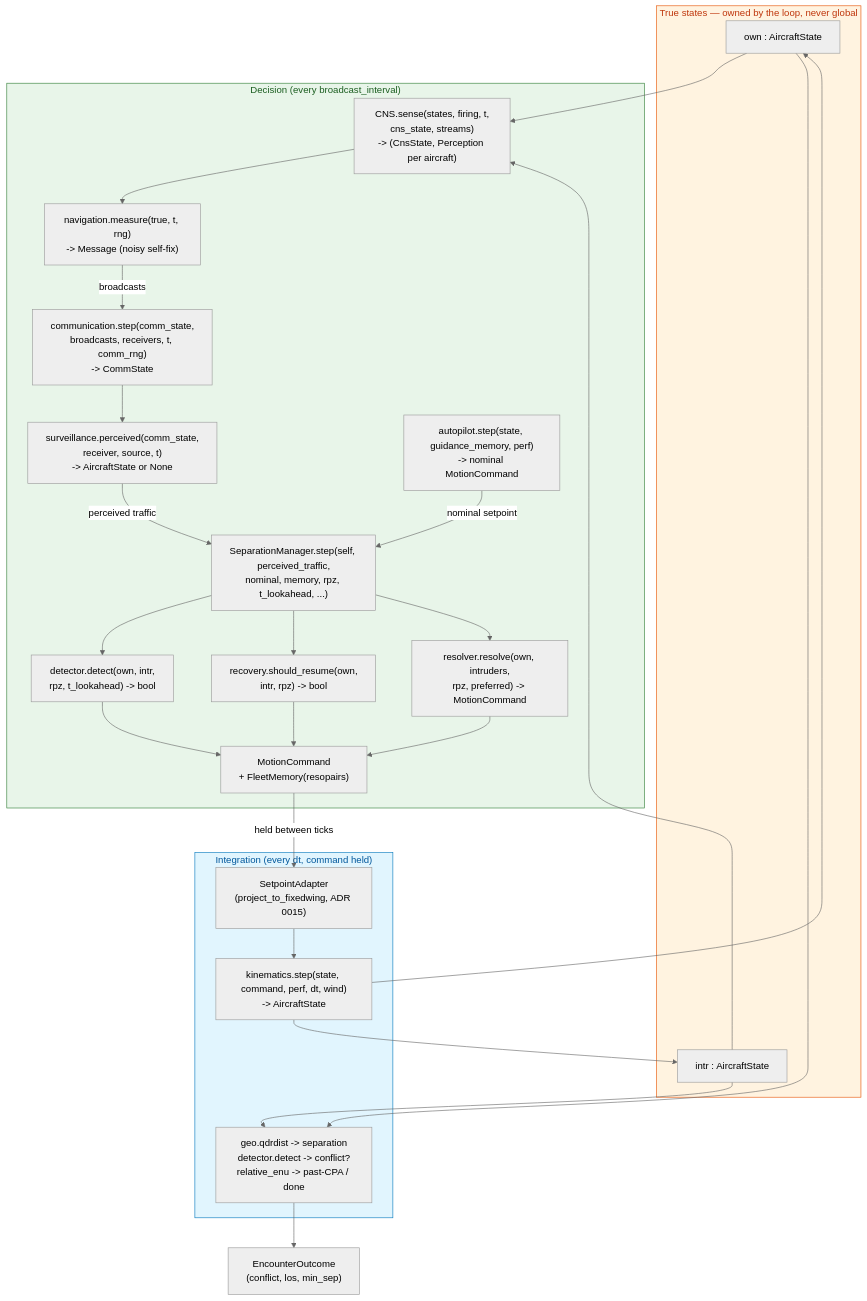
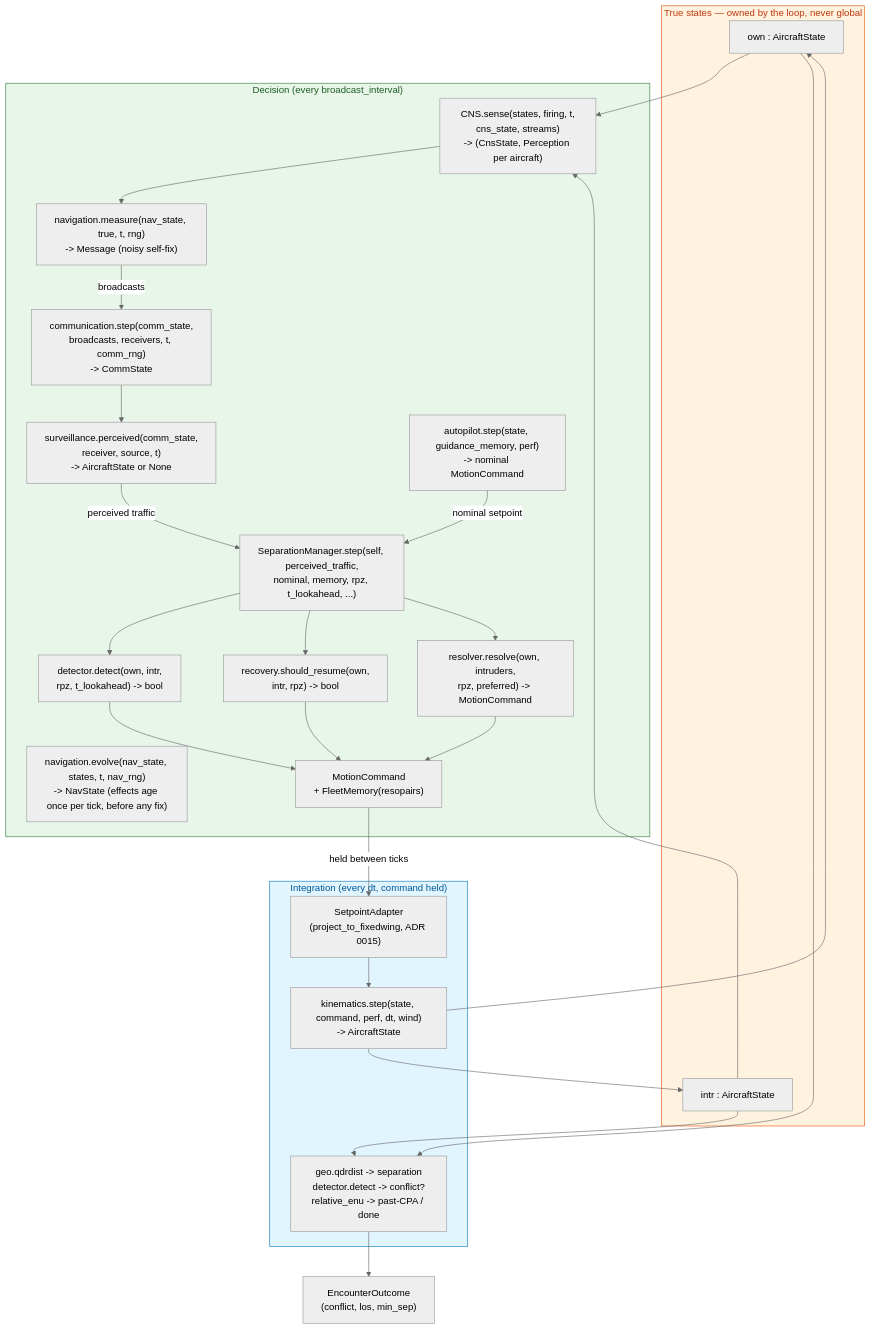
The third of 5 diagrams in vault/architecture-dataflow.md (fazlurnu/OpenCDaRR), drawn with Mermaid (neutral theme) before and after one commit. The commit also changed other lines of this file and 39 other files, not shown here.

````diff
--- a/vault/architecture-dataflow.md
+++ b/vault/architecture-dataflow.md
@@ -159,50 +159,51 @@
 ```mermaid
 flowchart TB
     subgraph truth["True states — owned by the loop, never global"]
         OWN["own : AircraftState"]
         INTR["intr : AircraftState"]
     end
 
     subgraph bcast["Decision (every broadcast_interval)"]
         SENSE["CNS.sense(states, firing, t,<br/>cns_state, streams)<br/>-> (CnsState, Perception per aircraft)"]
-        MEAS["navigation.measure(true, t, rng)<br/>-> Message (noisy self-fix)"]
+        NEVOLVE["navigation.evolve(nav_state, states, t, nav_rng)<br/>-> NavState (effects age once per tick, before any fix)"]
+        MEAS["navigation.measure(nav_state, true, t, rng)<br/>-> Message (noisy self-fix)"]
         COMM["communication.step(comm_state,<br/>broadcasts, receivers, t, comm_rng)<br/>-> CommState"]
         SURV["surveillance.perceived(comm_state,<br/>receiver, source, t)<br/>-> AircraftState or None"]
         AP["autopilot.step(state, guidance_memory, perf)<br/>-> nominal MotionCommand"]
         SEP["SeparationManager.step(self, perceived_traffic,<br/>nominal, memory, rpz, t_lookahead, ...)"]
         DET["detector.detect(own, intr,<br/>rpz, t_lookahead) -> bool"]
         REC["recovery.should_resume(own,<br/>intr, rpz) -> bool"]
         RESO["resolver.resolve(own, intruders,<br/>rpz, preferred) -> MotionCommand"]
         CMD["MotionCommand<br/>+ FleetMemory(resopairs)"]
     end
 
     OWN --> SENSE
     INTR --> SENSE
     SENSE --> MEAS
     MEAS -->|broadcasts| COMM --> SURV
     SURV -->|perceived traffic| SEP
     AP -->|nominal setpoint| SEP
     SEP --> DET --> CMD
     SEP --> REC --> CMD
     SEP --> RESO --> CMD
 
     subgraph integ["Integration (every dt, command held)"]
         ADAPT["SetpointAdapter<br/>(project_to_fixedwing, ADR 0015)"]
         DYN["kinematics.step(state, command, perf, dt, wind)<br/>-> AircraftState"]
         SCORE["geo.qdrdist -> separation<br/>detector.detect -> conflict?<br/>relative_enu -> past-CPA / done"]
     end
 
     CMD -->|held between ticks| ADAPT --> DYN
     DYN --> OWN
     DYN --> INTR
     OWN --> SCORE
     INTR --> SCORE
     SCORE --> OUTCOME["EncounterOutcome<br/>(conflict, los, min_sep)"]
 
     classDef truthc fill:#fff3e0,stroke:#e65100,color:#bf360c
     classDef decc fill:#e8f5e9,stroke:#2e7d32,color:#1b5e20
     classDef intc fill:#e1f5fe,stroke:#0277bd,color:#01579b
     class truth truthc
     class bcast decc
     class integ intc
 ```
````
